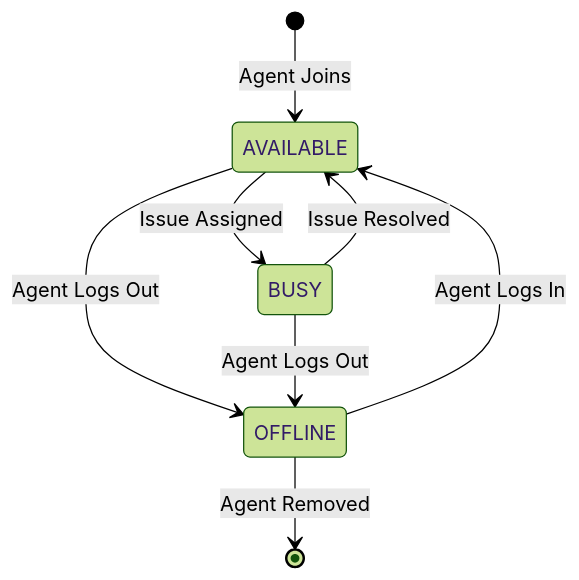
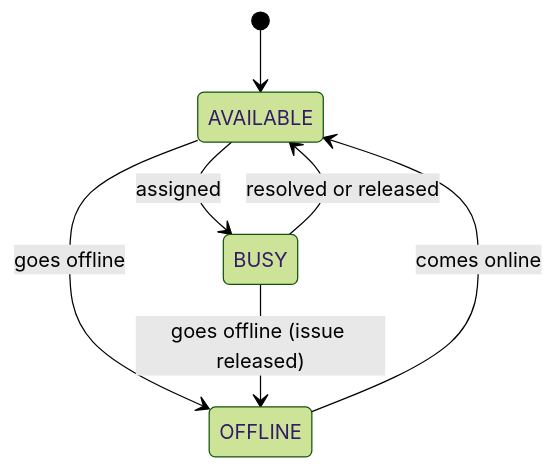
The third of 3 diagrams in lld/customer_support/README.md (SoupikChowdhury/cpp-lld), drawn with Mermaid (forest theme) before and after one commit. The commit also changed other lines of this file and 9 other files, not shown here.

````diff
--- a/lld/customer_support/README.md
+++ b/lld/customer_support/README.md
@@ -183,10 +171,9 @@
 ```mermaid
 stateDiagram-v2
-    [*] --> AVAILABLE : Agent Joins
-    AVAILABLE --> BUSY : Issue Assigned
-    BUSY --> AVAILABLE : Issue Resolved
-    AVAILABLE --> OFFLINE : Agent Logs Out
-    BUSY --> OFFLINE : Agent Logs Out
-    OFFLINE --> AVAILABLE : Agent Logs In
-    OFFLINE --> [*] : Agent Removed
+    [*] --> AVAILABLE
+    AVAILABLE --> BUSY : assigned
+    BUSY --> AVAILABLE : resolved or released
+    AVAILABLE --> OFFLINE : goes offline
+    BUSY --> OFFLINE : goes offline (issue released)
+    OFFLINE --> AVAILABLE : comes online
 ```
````
